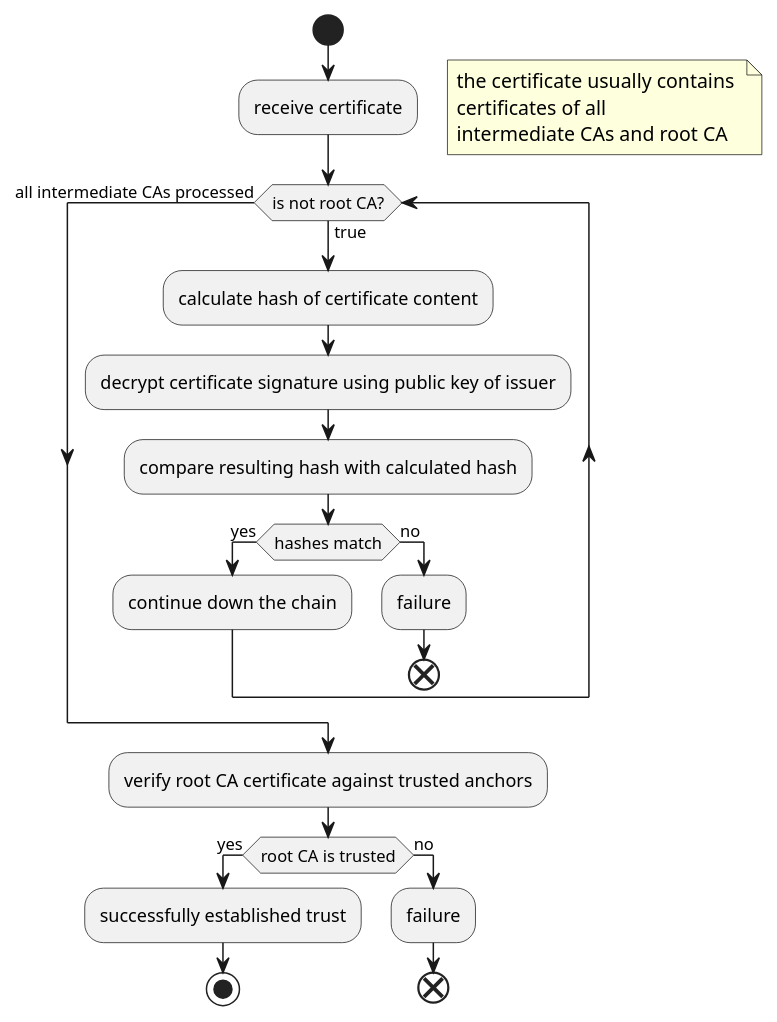
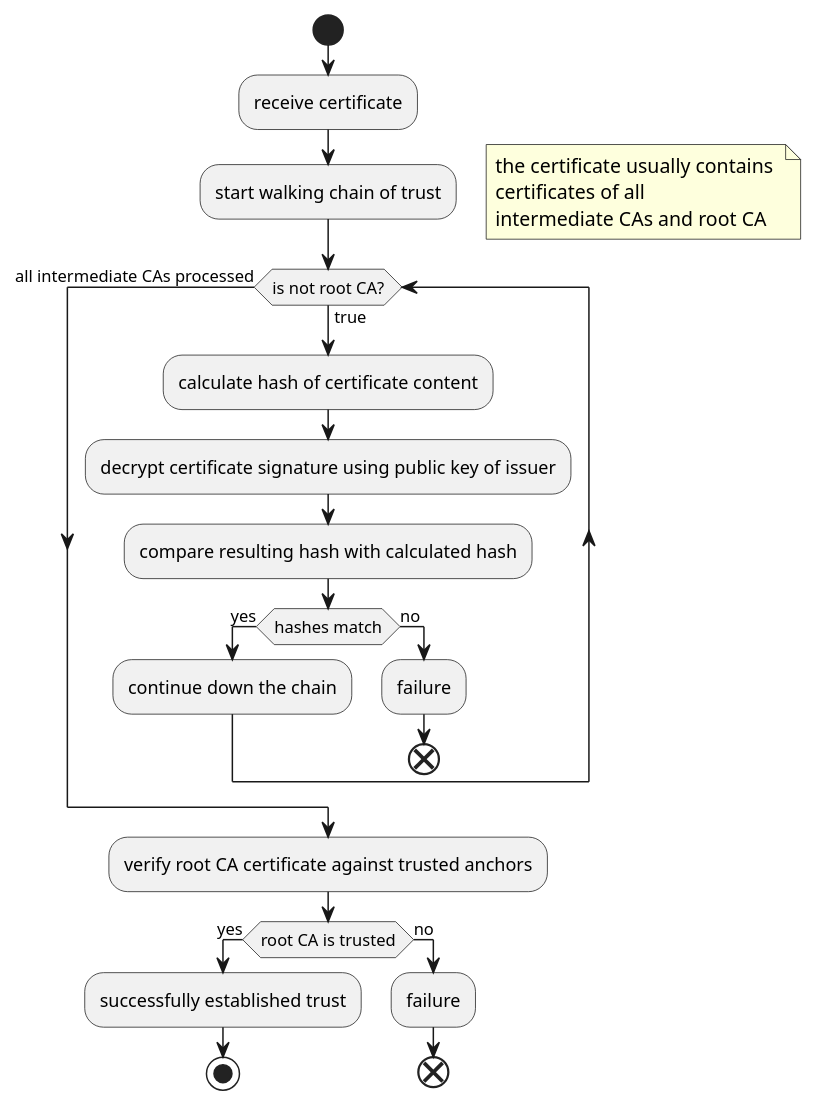
Before and after one commit to Davidcode2/blog: the third of 3 diagrams in posts/understanding_ssl/understanding_ssl.md, drawn with PlantUML. The commit also changed 11 other files, not shown here.

```diff
--- a/posts/understanding_ssl/understanding_ssl.md
+++ b/posts/understanding_ssl/understanding_ssl.md
@@ -136,31 +136,32 @@
 @startuml
 
 start
 
 :receive certificate;
+:start walking chain of trust;
 floating note right 
   the certificate usually contains 
   certificates of all 
   intermediate CAs and root CA
 end note
 while (is not root CA?) is (true)
   :calculate hash of certificate content;
   :decrypt certificate signature using public key of issuer;
   :compare resulting hash with calculated hash;
   if (hashes match) then (yes)
     :continue down the chain;
   else (no)
     :failure;
     end
   endif
 endwhile (all intermediate CAs processed) 
 :verify root CA certificate against trusted anchors;
 if (root CA is trusted) then (yes)
   :successfully established trust;
   stop
 else (no)
   :failure;
   end
 endif
 
 @enduml
```
